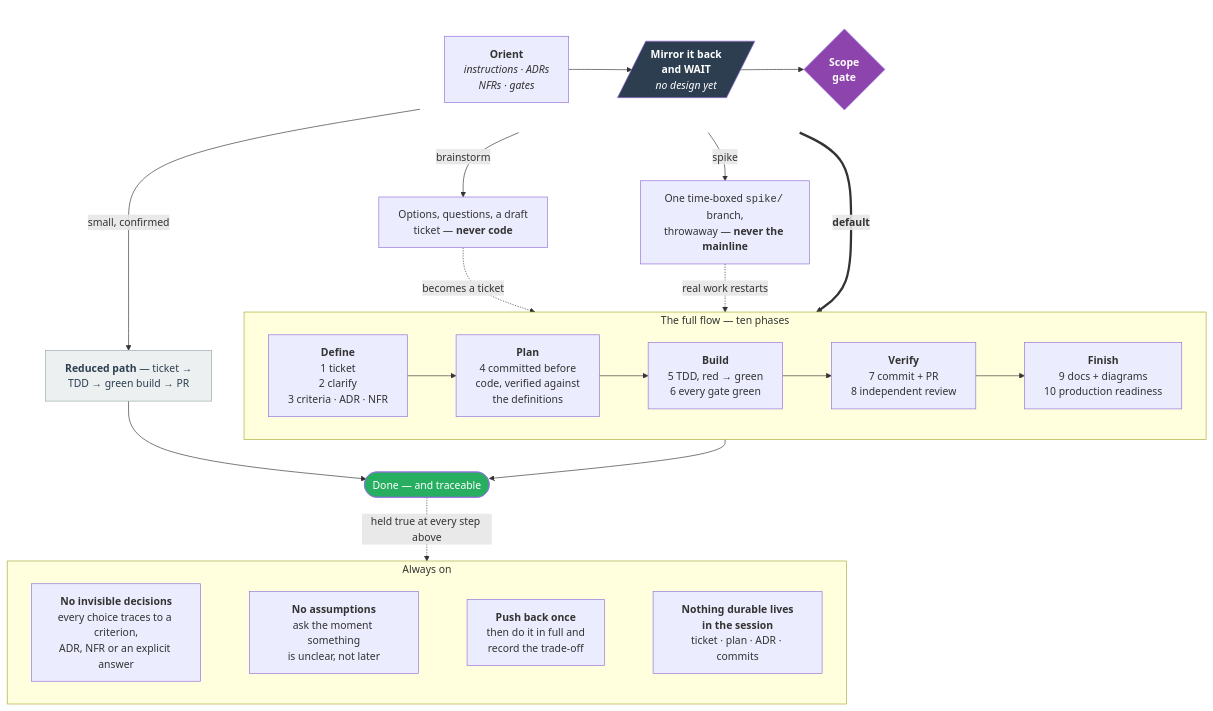
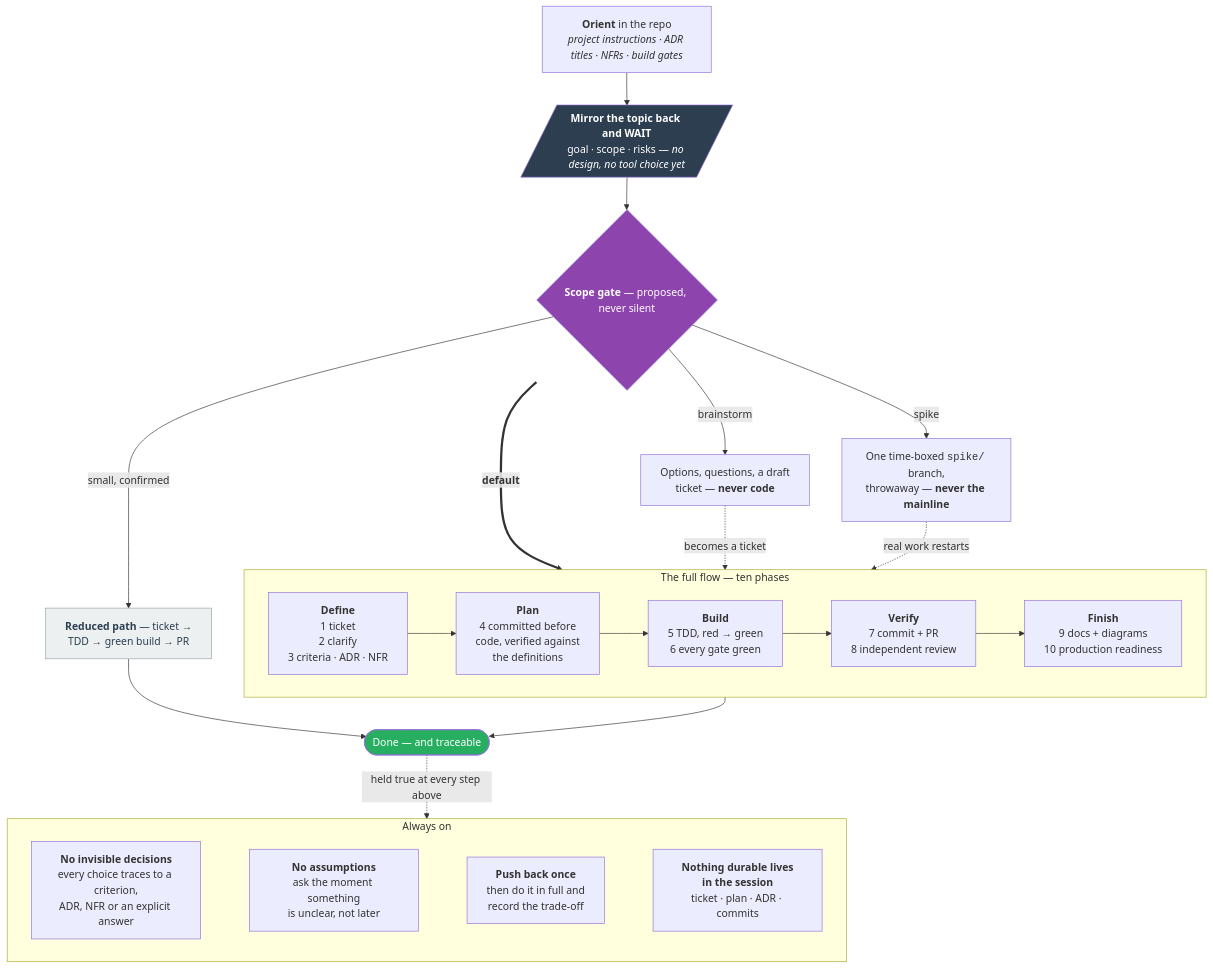
Before and after one commit to os890/skill_disciplined-delivery: the first of 11 diagrams in docs/delivery-flow.md, drawn with Mermaid. The commit also changed 7 other files, not shown here.

````diff
--- a/docs/delivery-flow.md
+++ b/docs/delivery-flow.md
@@ -20,39 +20,37 @@
 ```mermaid
 flowchart TB
-    subgraph START[" "]
-        direction LR
-        OR["<b>Orient</b><br/><i>instructions · ADRs<br/>NFRs · gates</i>"] --> MI[/"<b>Mirror it back<br/>and WAIT</b><br/><i>no design yet</i>"/] --> SG{"<b>Scope<br/>gate</b>"}
-    end
+    OR["<b>Orient</b> in the repo<br/><i>project instructions · ADR titles · NFRs · build gates</i>"]
+    OR --> MI[/"<b>Mirror the topic back and WAIT</b><br/>goal · scope · risks — <i>no design, no tool choice yet</i>"/]
+    MI --> SG{"<b>Scope gate</b> — proposed, never silent"}
 
     SG -->|brainstorm| EX["Options, questions, a draft<br/>ticket — <b>never code</b>"]
     SG -->|spike| SP["One time-boxed <code>spike/</code> branch,<br/>throwaway — <b>never the mainline</b>"]
     SG -->|"small, confirmed"| RP["<b>Reduced path</b> — ticket →<br/>TDD → green build → PR"]
     SG ==>|"<b>default</b>"| FULL
 
     EX -.->|"becomes a ticket"| FULL
     SP -.->|"real work restarts"| FULL
 
     subgraph FULL["The full flow — ten phases"]
         direction LR
         DEF["<b>Define</b><br/>1 ticket<br/>2 clarify<br/>3 criteria · ADR · NFR"] --> PLN["<b>Plan</b><br/>4 committed before<br/>code, verified against<br/>the definitions"] --> BLD["<b>Build</b><br/>5 TDD, red → green<br/>6 every gate green"] --> VER["<b>Verify</b><br/>7 commit + PR<br/>8 independent review"] --> FIN["<b>Finish</b><br/>9 docs + diagrams<br/>10 production readiness"]
     end
 
     FULL --> DONE(["Done — and traceable"])
     RP --> DONE
     DONE -.->|"held true at every step above"| ALWAYS
 
     subgraph ALWAYS["Always on"]
         direction LR
         R1["<b>No invisible decisions</b><br/>every choice traces to a criterion,<br/>ADR, NFR or an explicit answer"]
         R2["<b>No assumptions</b><br/>ask the moment something<br/>is unclear, not later"]
         R3["<b>Push back once</b><br/>then do it in full and<br/>record the trade-off"]
         R4["<b>Nothing durable lives<br/>in the session</b><br/>ticket · plan · ADR · commits"]
         R1 ~~~ R2 ~~~ R3 ~~~ R4
     end
 
-    style START fill:none,stroke:none
     style MI fill:#2c3e50,color:#fff
     style SG fill:#8e44ad,color:#fff
     style DONE fill:#27ae60,color:#fff
     style RP fill:#ecf0f1,stroke:#95a5a6,color:#2c3e50
 ```
````
